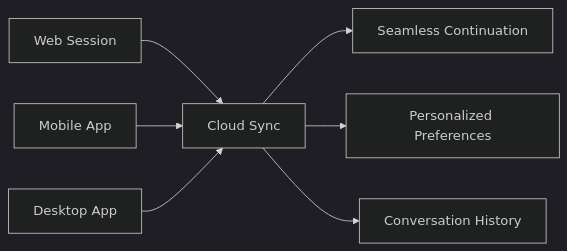
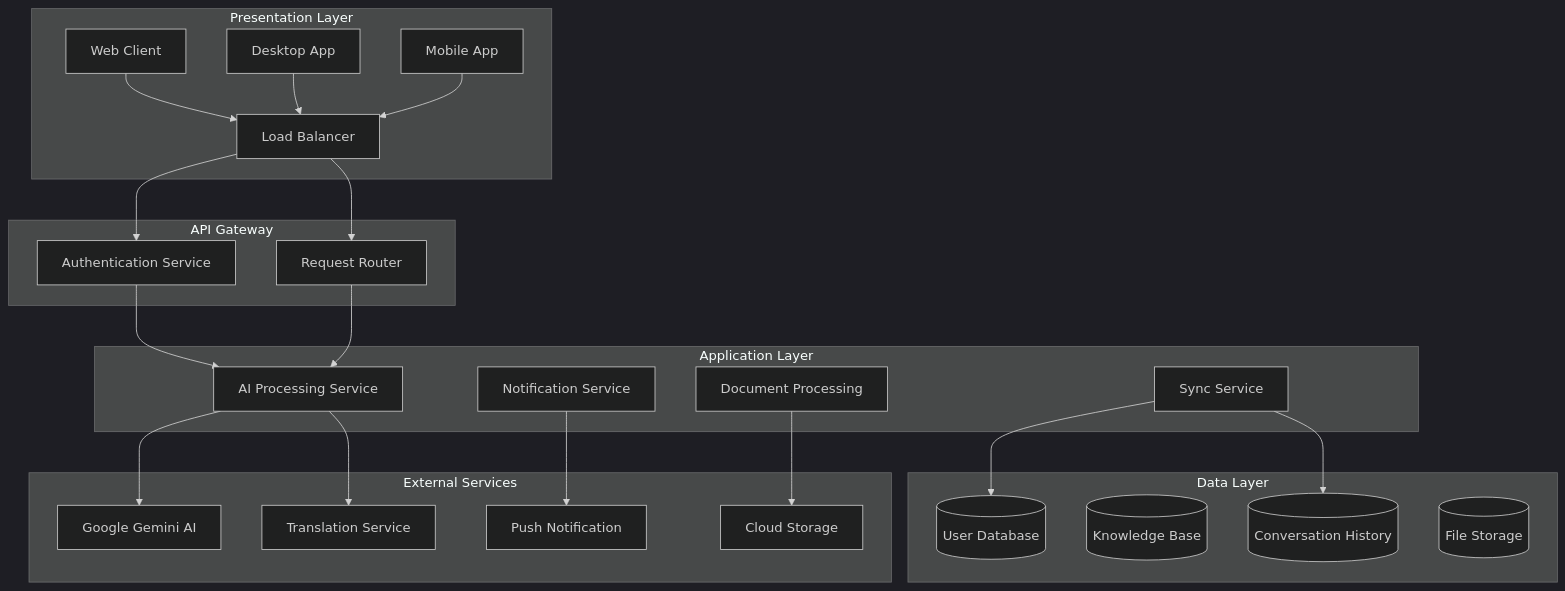
One commit to omijr123/BUPBuddy_AI-Assistant-Chatbot changed the second of 3 diagrams in README.md. Above: the diagram before and after it, drawn with Mermaid (dark theme). The commit also changed other lines of this file, not shown here.

````diff
--- a/README.md
+++ b/README.md
@@ -101,9 +190,44 @@
 ```mermaid
-graph LR
-    A[Web Session] --> B[Cloud Sync]
-    C[Mobile App] --> B
-    D[Desktop App] --> B
-    B --> E[Seamless Continuation]
-    B --> F[Personalized Preferences]
-    B --> G[Conversation History]
+graph TB
+    subgraph "Presentation Layer"
+        A[Web Client] --> F
+        B[Desktop App] --> F
+        C[Mobile App] --> F
+    end
+    
+    subgraph "API Gateway"
+        F[Load Balancer]
+        F --> G[Authentication Service]
+        F --> H[Request Router]
+    end
+    
+    subgraph "Application Layer"
+        I[AI Processing Service]
+        J[Document Processing]
+        K[Notification Service]
+        L[Sync Service]
+    end
+    
+    subgraph "Data Layer"
+        M[(User Database)]
+        N[(Knowledge Base)]
+        O[(Conversation History)]
+        P[(File Storage)]
+    end
+    
+    subgraph "External Services"
+        Q[Google Gemini AI]
+        R[Translation Service]
+        S[Push Notification]
+        T[Cloud Storage]
+    end
+    
+    G --> I
+    H --> I
+    I --> Q
+    I --> R
+    J --> T
+    K --> S
+    L --> M
+    L --> O
 ```
````
